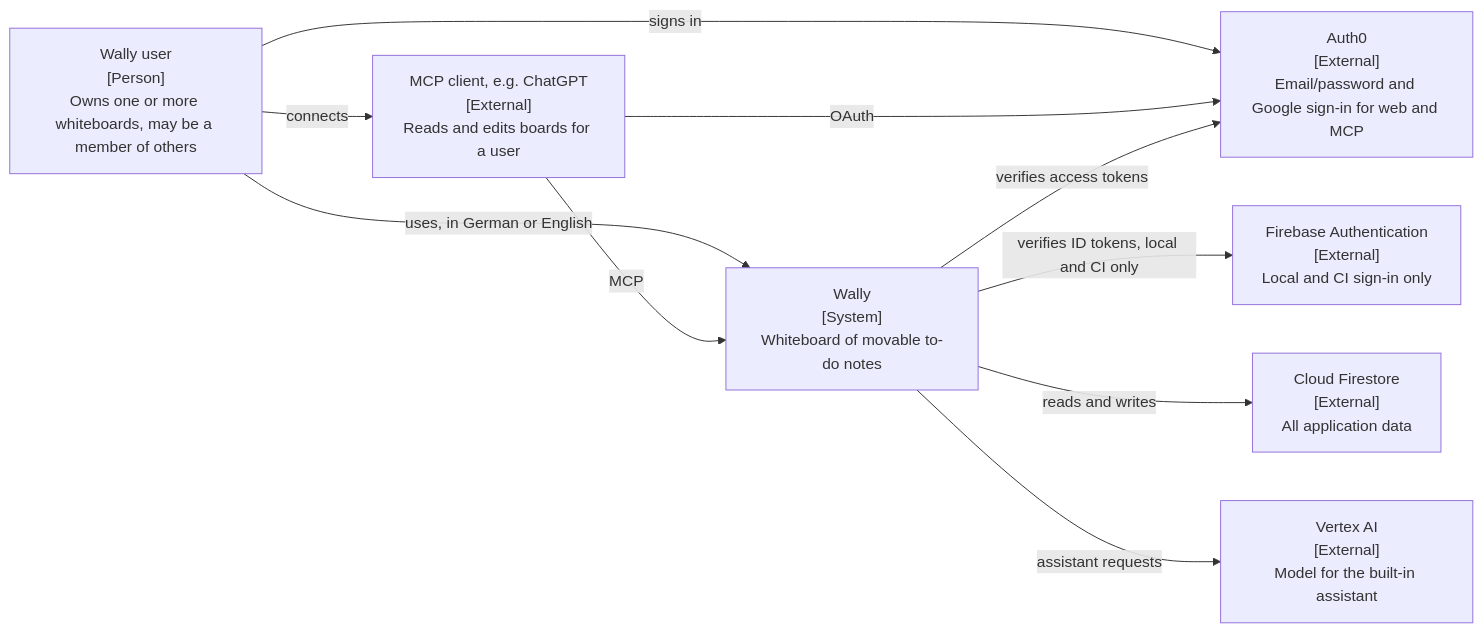
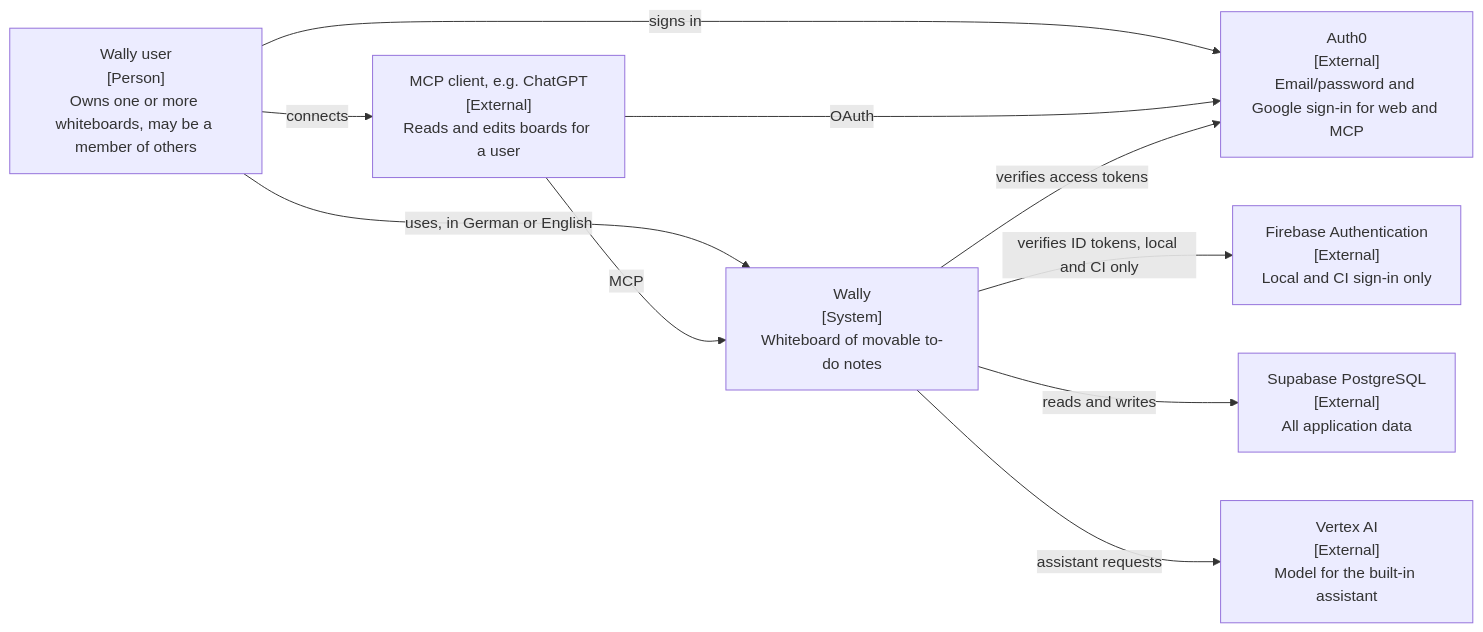
Before and after one commit to milad-luminull/wally: the first of 2 diagrams in docs/architecture/overview.md, drawn with Mermaid. The commit also changed other lines of this file and 168 other files, not shown here.

First line of the commit message:
feat(api): PostgreSQL foundation — schema, local database, test harness, withTransaction (slice 1) (#87)

````diff
--- a/docs/architecture/overview.md
+++ b/docs/architecture/overview.md
@@ -11,19 +11,19 @@
 ```mermaid
 flowchart LR
   user["Wally user<br/>[Person]<br/>Owns one or more whiteboards, may be a member of others"]
   wally["Wally<br/>[System]<br/>Whiteboard of movable to-do notes"]
   host["MCP client, e.g. ChatGPT<br/>[External]<br/>Reads and edits boards for a user"]
   auth0["Auth0<br/>[External]<br/>Email/password and Google sign-in for web and MCP"]
   fbauth["Firebase Authentication<br/>[External]<br/>Local and CI sign-in only"]
-  store["Cloud Firestore<br/>[External]<br/>All application data"]
+  store["Supabase PostgreSQL<br/>[External]<br/>All application data"]
   model["Vertex AI<br/>[External]<br/>Model for the built-in assistant"]
   user -->|uses, in German or English| wally
   user -->|signs in| auth0
   user -->|connects| host
   host -->|OAuth| auth0
   host -->|MCP| wally
   wally -->|verifies access tokens| auth0
   wally -->|verifies ID tokens, local and CI only| fbauth
   wally -->|reads and writes| store
   wally -->|assistant requests| model
 ```
````
